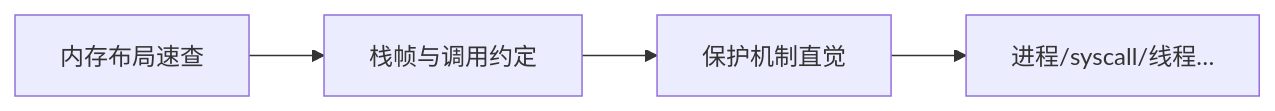
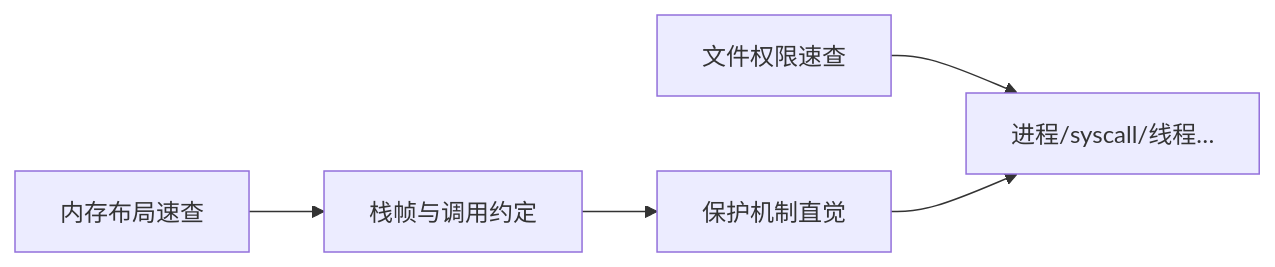
The diagram in notes/linux/00-roadmap.md (yushun-feng/anonymous-fys), drawn with Mermaid before and after one commit. The commit also changed other lines of this file and 1 other file, not shown here.

````diff
--- a/notes/linux/00-roadmap.md
+++ b/notes/linux/00-roadmap.md
@@ -17,6 +17,7 @@
 ```mermaid
 flowchart LR
   M[内存布局速查] --> S[栈帧与调用约定]
   S --> P[保护机制直觉]
+  Perm[文件权限速查] --> Later
   P --> Later[进程/syscall/线程…]
 ```
````
